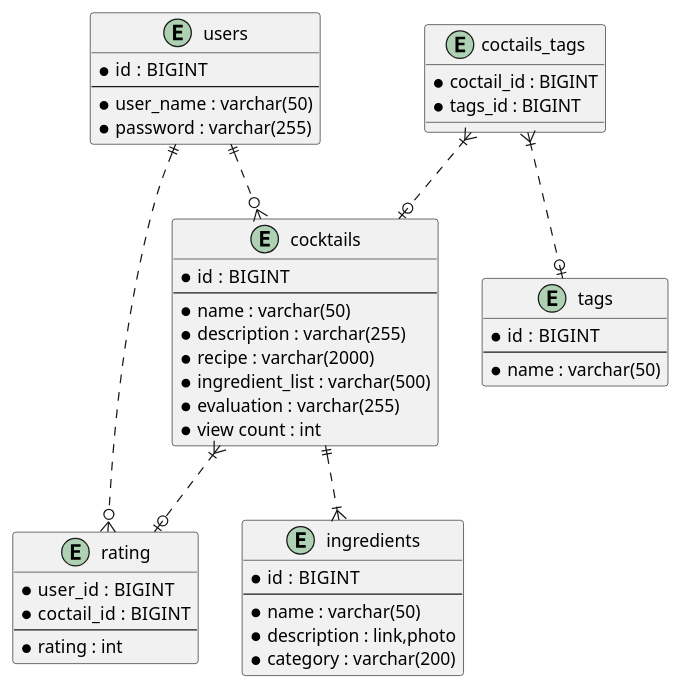
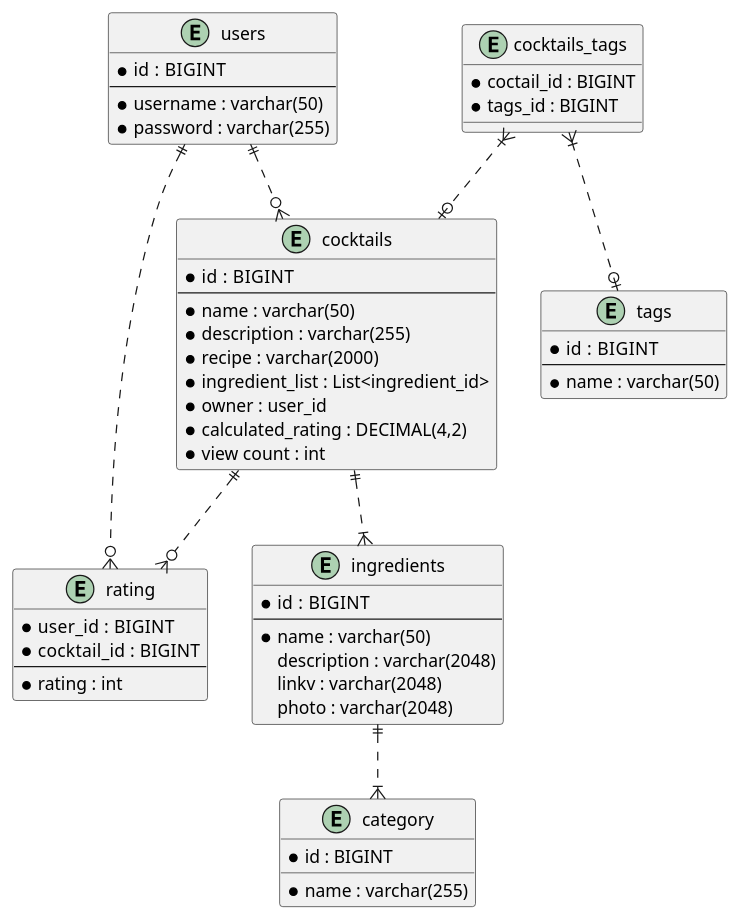
One commit to WUNDRZ/cocktail-book changed the diagram in coctail bar.puml. Above: the diagram before and after it, drawn with PlantUML.

Commit message:
внесены правки в таблицу

```diff
--- a/coctail bar.puml
+++ b/coctail bar.puml
@@ -1,54 +1,62 @@
 @startuml
     entity users{
         *id :  BIGINT
         --
-        *user_name : varchar(50)
+        *username : varchar(50)
         *password : varchar(255)
 }
 
     entity ingredients{
         *id :  BIGINT
         --
         *name : varchar(50)
-        *description : link,photo
-        *category : varchar(200)
+        description : varchar(2048)
+        linkv : varchar(2048)
+        photo : varchar(2048)
 }
 
     entity cocktails {
         *id :  BIGINT
         --
         *name : varchar(50)
         *description : varchar(255)
         *recipe : varchar(2000)
-        *ingredient_list : varchar(500)
-        *evaluation : varchar(255)
+        *ingredient_list : List<ingredient_id>
+        *owner : user_id
+        *calculated_rating : DECIMAL(4,2)
         *view count : int
 }
 
     entity tags {
         *id :  BIGINT
         --
         *name : varchar(50)
 }
 
     entity rating{
         *user_id :  BIGINT
-        *coctail_id :  BIGINT
+        *cocktail_id :  BIGINT
         --
         * rating : int
 }
 
-    entity coctails_tags {
+    entity cocktails_tags {
         *coctail_id : BIGINT
         *tags_id : BIGINT
     }
 
+    entity category {
+    *id : BIGINT
+    *name : varchar(255)
+    }
+
     users ||..o{ cocktails
     users ||..o{ rating
-    cocktails }|..o| rating
+    cocktails ||..o{ rating
     cocktails ||..|{ ingredients
-    coctails_tags }|..o| cocktails
-    coctails_tags }|..o| tags
+    cocktails_tags }|..o| cocktails
+    cocktails_tags }|..o| tags
+    ingredients ||..|{ category
 
 
 @enduml
```
